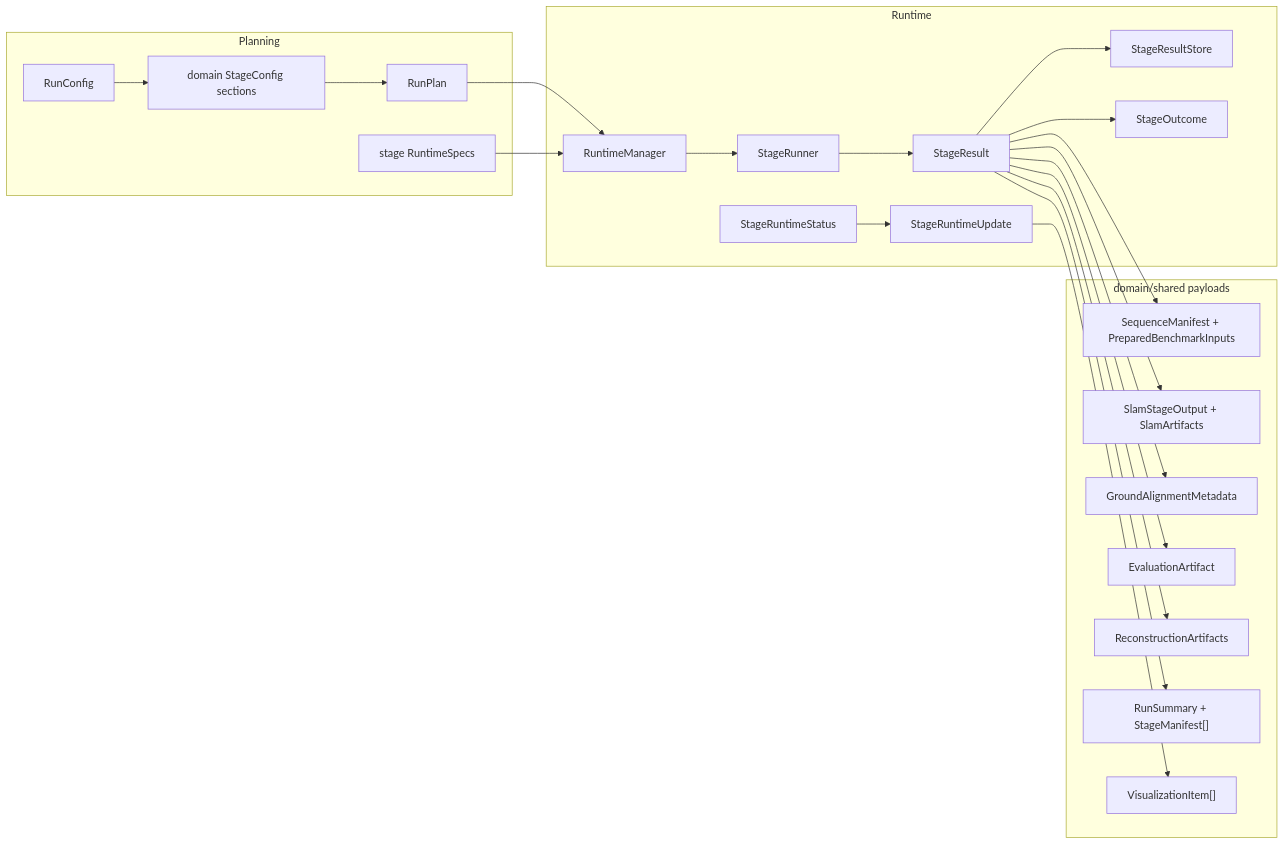
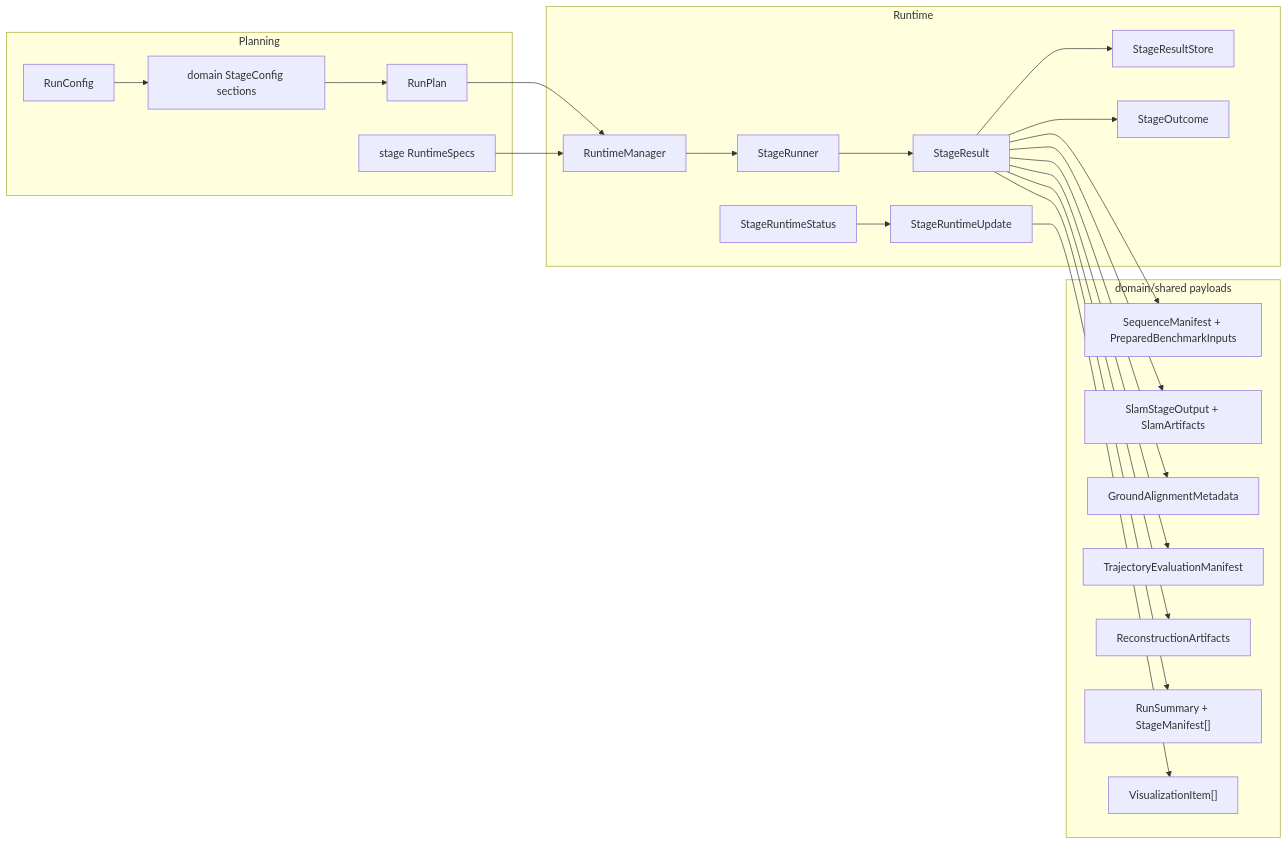
One commit to JanDuchscherer104/prml-vslam changed the third of 4 diagrams in src/prml_vslam/pipeline/README.md. Above: the diagram before and after it, drawn with Mermaid. The commit also changed 38 other files, not shown here.

Commit message:
refactor(eval): split trajectory manifests for app aggregation

````diff
--- a/src/prml_vslam/pipeline/README.md
+++ b/src/prml_vslam/pipeline/README.md
@@ -148,43 +148,43 @@
 ```mermaid
 flowchart LR
     subgraph Planning
         RunConfig["RunConfig"]
         StageConfigs["domain StageConfig sections"]
         RunPlan["RunPlan"]
         Specs["stage RuntimeSpecs"]
     end
 
     subgraph Runtime
         RuntimeManager["RuntimeManager"]
         StageRunner["StageRunner"]
         Store["StageResultStore"]
         Status["StageRuntimeStatus"]
         Result["StageResult"]
         Update["StageRuntimeUpdate"]
         Outcome["StageOutcome"]
     end
 
     subgraph Payloads["domain/shared payloads"]
         SourcePayload["SequenceManifest + PreparedBenchmarkInputs"]
         SlamPayload["SlamStageOutput + SlamArtifacts"]
         GroundPayload["GroundAlignmentMetadata"]
-        EvalPayload["EvaluationArtifact"]
+        EvalPayload["TrajectoryEvaluationManifest"]
         ReconstructionPayload["ReconstructionArtifacts"]
         SummaryPayload["RunSummary + StageManifest[]"]
         VizItems["VisualizationItem[]"]
     end
 
     RunConfig --> StageConfigs --> RunPlan --> RuntimeManager
     Specs --> RuntimeManager
     RuntimeManager --> StageRunner
     StageRunner --> Result --> Store
     Result --> Outcome
     Result --> SourcePayload
     Result --> SlamPayload
     Result --> GroundPayload
     Result --> EvalPayload
     Result --> ReconstructionPayload
     Result --> SummaryPayload
     Update --> VizItems
     Status --> Update
 ```
````
